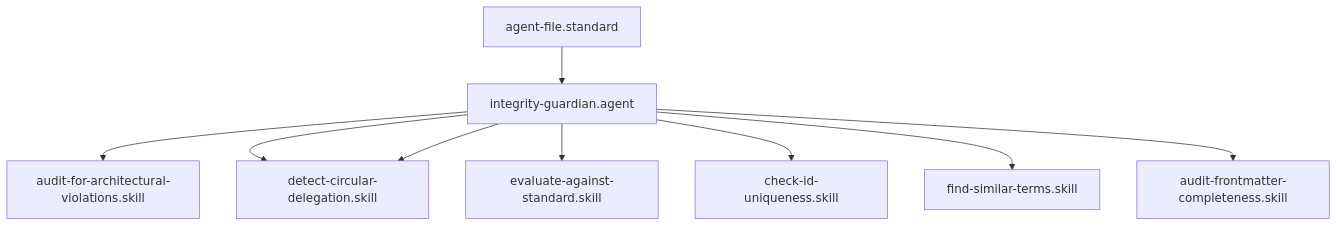
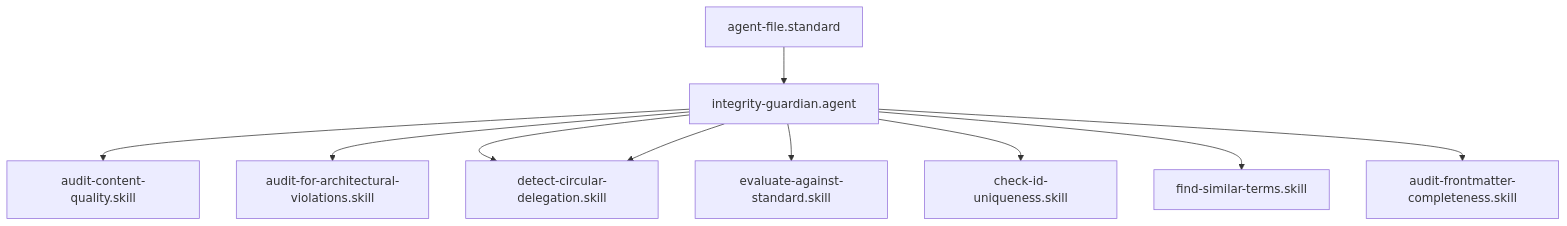
The diagram in agents/integrity-guardian.agent.md (Gizmo4Life/ai-kernel), drawn with Mermaid before and after one commit. The commit also changed other lines of this file and 13 other files, not shown here.

````diff
--- a/agents/integrity-guardian.agent.md
+++ b/agents/integrity-guardian.agent.md
@@ -27,11 +27,12 @@
 ```mermaid
 graph TD
     agent-file.standard --> integrity-guardian.agent
+    integrity-guardian.agent --> audit-content-quality[audit-content-quality.skill]
     integrity-guardian.agent --> audit-for-architectural-violations[audit-for-architectural-violations.skill]
     integrity-guardian.agent --> detect-circular-delegation[detect-circular-delegation.skill]
     integrity-guardian.agent --> evaluate-against-standard[evaluate-against-standard.skill]
     integrity-guardian.agent --> check-id-uniqueness[check-id-uniqueness.skill]
     integrity-guardian.agent --> find-similar-terms[find-similar-terms.skill]
     integrity-guardian.agent --> detect-circular-delegation[detect-circular-delegation.skill]
     integrity-guardian.agent --> audit-frontmatter-completeness[audit-frontmatter-completeness.skill]
 ```
````
